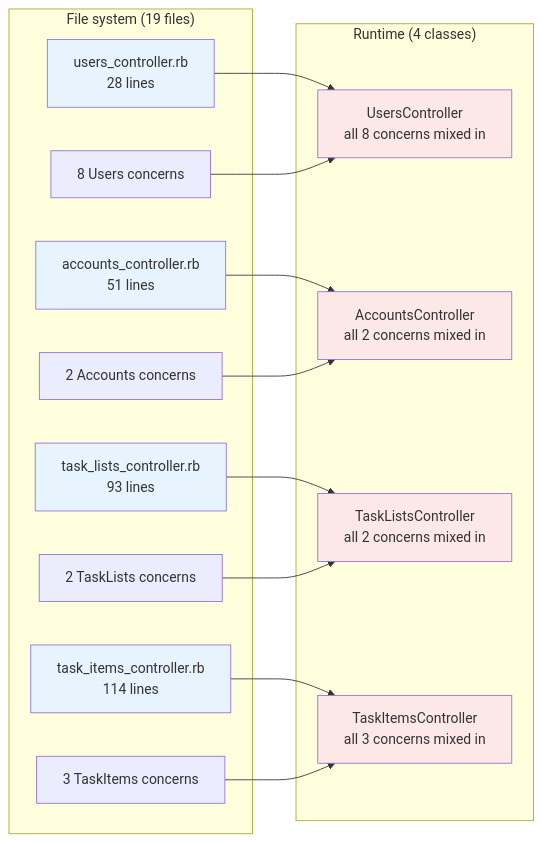
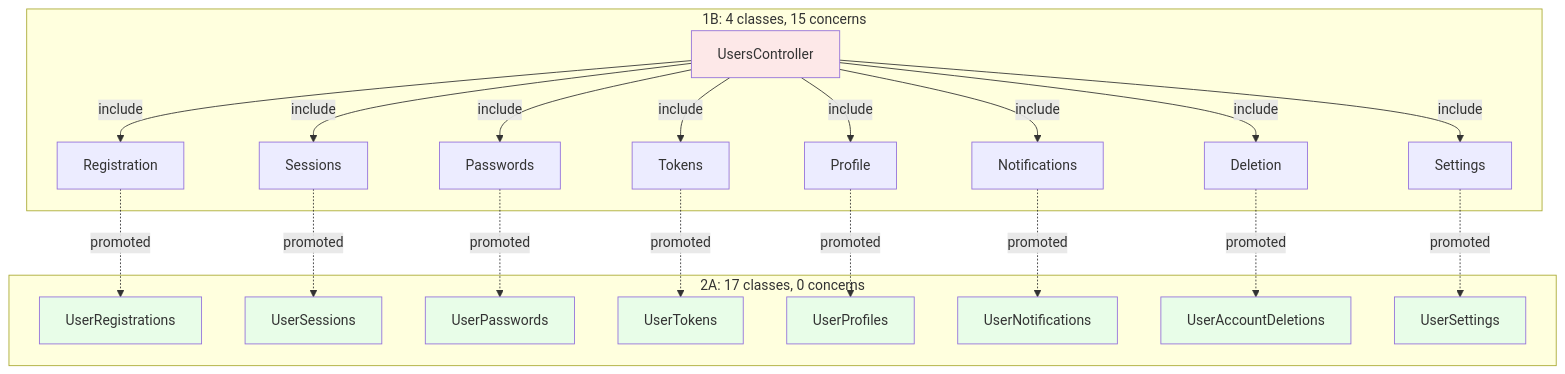
Before and after one commit to railswhey/app: the first of 3 diagrams in README.md, drawn with Mermaid. The commit also changed other lines of this file and 87 other files, not shown here.

````diff
--- a/README.md
+++ b/README.md
@@ -114,38 +52,44 @@
 ```mermaid
-flowchart LR
-  subgraph FileSystem["File system (19 files)"]
-    UC[users_controller.rb<br/>28 lines]
-    AC[accounts_controller.rb<br/>51 lines]
-    TC[task_lists_controller.rb<br/>93 lines]
-    IC[task_items_controller.rb<br/>114 lines]
-    C1[8 Users concerns]
-    C2[2 Accounts concerns]
-    C3[2 TaskLists concerns]
-    C4[3 TaskItems concerns]
+flowchart TD
+  subgraph Before["1B: 4 classes, 15 concerns"]
+    UC[UsersController]
+    UC --> |include| C1[Registration]
+    UC --> |include| C2[Sessions]
+    UC --> |include| C3[Passwords]
+    UC --> |include| C4[Tokens]
+    UC --> |include| C5[Profile]
+    UC --> |include| C6[Notifications]
+    UC --> |include| C7[Deletion]
+    UC --> |include| C8[Settings]
   end
 
-  subgraph Runtime["Runtime (4 classes)"]
-    UCR[UsersController<br/>all 8 concerns mixed in]
-    ACR[AccountsController<br/>all 2 concerns mixed in]
-    TCR[TaskListsController<br/>all 2 concerns mixed in]
-    ICR[TaskItemsController<br/>all 3 concerns mixed in]
+  subgraph After["2A: 17 classes, 0 concerns"]
+    R[UserRegistrations]
+    S[UserSessions]
+    P[UserPasswords]
+    T[UserTokens]
+    PR[UserProfiles]
+    N[UserNotifications]
+    D[UserAccountDeletions]
+    ST[UserSettings]
   end
 
-  UC --> UCR
-  C1 --> UCR
-  AC --> ACR
-  C2 --> ACR
-  TC --> TCR
-  C3 --> TCR
-  IC --> ICR
-  C4 --> ICR
+  C1 -.->|"promoted"| R
+  C2 -.->|"promoted"| S
+  C3 -.->|"promoted"| P
+  C4 -.->|"promoted"| T
+  C5 -.->|"promoted"| PR
+  C6 -.->|"promoted"| N
+  C7 -.->|"promoted"| D
+  C8 -.->|"promoted"| ST
 
-  style UC fill:#e8f4fd
-  style AC fill:#e8f4fd
-  style TC fill:#e8f4fd
-  style IC fill:#e8f4fd
-  style UCR fill:#fde8e8
-  style ACR fill:#fde8e8
-  style TCR fill:#fde8e8
-  style ICR fill:#fde8e8
+  style UC fill:#fde8e8
+  style R fill:#e8fde8
+  style S fill:#e8fde8
+  style P fill:#e8fde8
+  style T fill:#e8fde8
+  style PR fill:#e8fde8
+  style N fill:#e8fde8
+  style D fill:#e8fde8
+  style ST fill:#e8fde8
 ```
````
